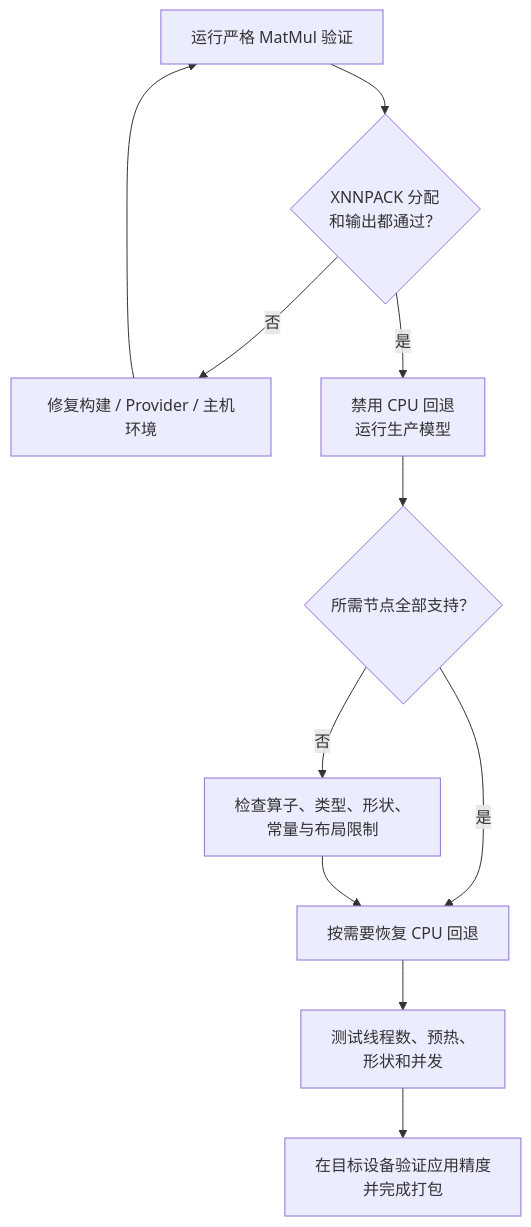
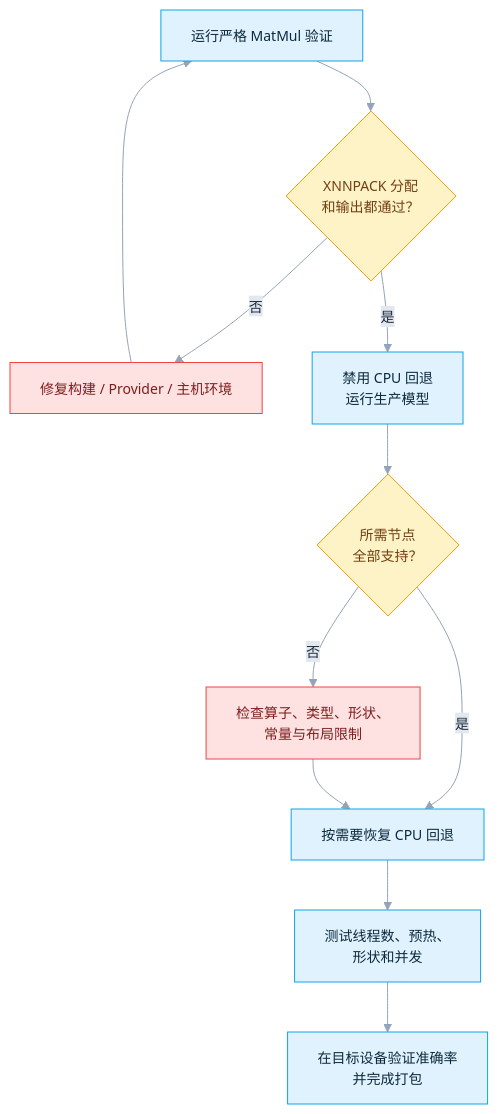
One commit to DakeQQ/Tutorial-ONNX-Runtime-Execution-Providers changed the tenth of 11 diagrams in XNNPACK/README.zh-CN.md. Above: the diagram before and after it, drawn with Mermaid. The commit also changed other lines of this file and 15 other files, not shown here.

````diff
--- a/XNNPACK/README.zh-CN.md
+++ b/XNNPACK/README.zh-CN.md
@@ -498,13 +720,20 @@
 ```mermaid
+%%{init: {"theme":"base","themeVariables":{"fontSize":"14px","lineColor":"#94a3b8","edgeLabelBackground":"#e2e8f0","primaryTextColor":"#1e293b"}}}%%
 flowchart TD
     A["运行严格 MatMul 验证"] --> B{"XNNPACK 分配<br/>和输出都通过？"}
     B -->|否| C["修复构建 / Provider / 主机环境"]
     C --> A
     B -->|是| D["禁用 CPU 回退<br/>运行生产模型"]
-    D --> E{"所需节点全部支持？"}
+    D --> E{"所需节点<br/>全部支持？"}
     E -->|否| F["检查算子、类型、形状、<br/>常量与布局限制"]
     E -->|是| G["按需要恢复 CPU 回退"]
     F --> G
     G --> H["测试线程数、预热、<br/>形状和并发"]
-    H --> I["在目标设备验证应用精度<br/>并完成打包"]
+    H --> I["在目标设备验证准确率<br/>并完成打包"]
+    classDef step fill:#e0f2fe,stroke:#0ea5e9,color:#0c2a3d;
+    classDef dec fill:#fef3c7,stroke:#f59e0b,color:#713f12;
+    classDef bad fill:#fee2e2,stroke:#ef4444,color:#7f1d1d;
+    class A,D,G,H,I step;
+    class B,E dec;
+    class C,F bad;
 ```
````
